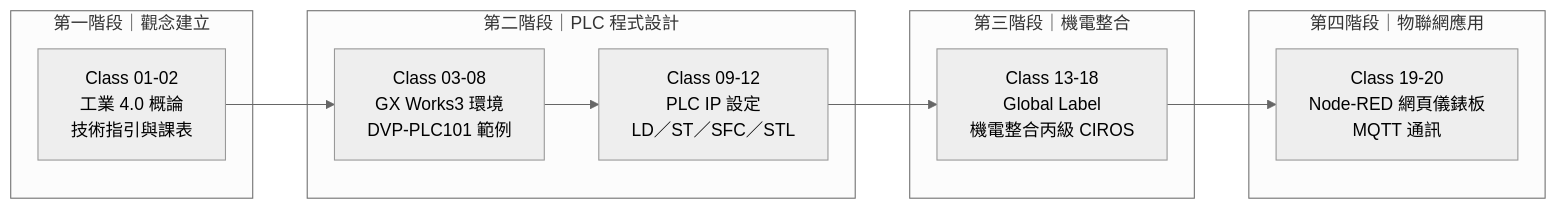
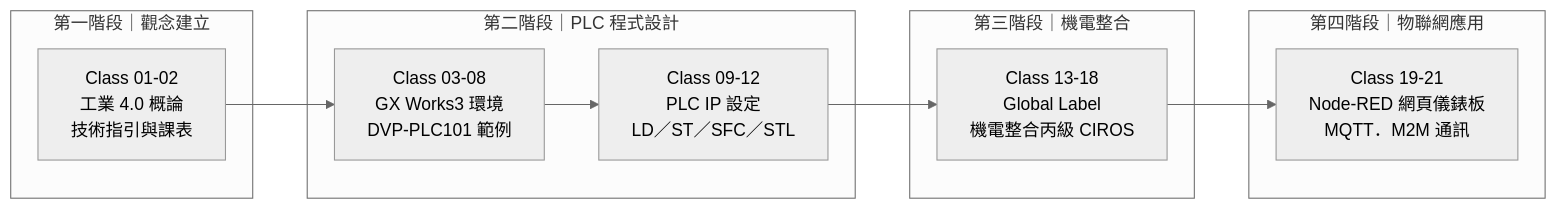
Before and after one commit to yd7148/INDUSTRY-4.0: the first of 4 diagrams in README.md, drawn with Mermaid (neutral theme). The commit also changed other lines of this file and 73 other files, not shown here.

Commit message:
Add Class-21-2026-10-29 Node-RED Flow and M2M materials

````diff
--- a/README.md
+++ b/README.md
@@ -20,17 +20,17 @@
 ```mermaid
 flowchart LR
     subgraph P1["第一階段｜觀念建立"]
         A1["Class 01-02<br/>工業 4.0 概論<br/>技術指引與課表"]
     end
     subgraph P2["第二階段｜PLC 程式設計"]
         B1["Class 03-08<br/>GX Works3 環境<br/>DVP-PLC101 範例"]
         B2["Class 09-12<br/>PLC IP 設定<br/>LD／ST／SFC／STL"]
     end
     subgraph P3["第三階段｜機電整合"]
         C1["Class 13-18<br/>Global Label<br/>機電整合丙級 CIROS"]
     end
     subgraph P4["第四階段｜物聯網應用"]
-        D1["Class 19-20<br/>Node-RED 網頁儀錶板<br/>MQTT 通訊"]
+        D1["Class 19-21<br/>Node-RED 網頁儀錶板<br/>MQTT．M2M 通訊"]
     end
     A1 --> B1 --> B2 --> C1 --> D1
 ```
````
